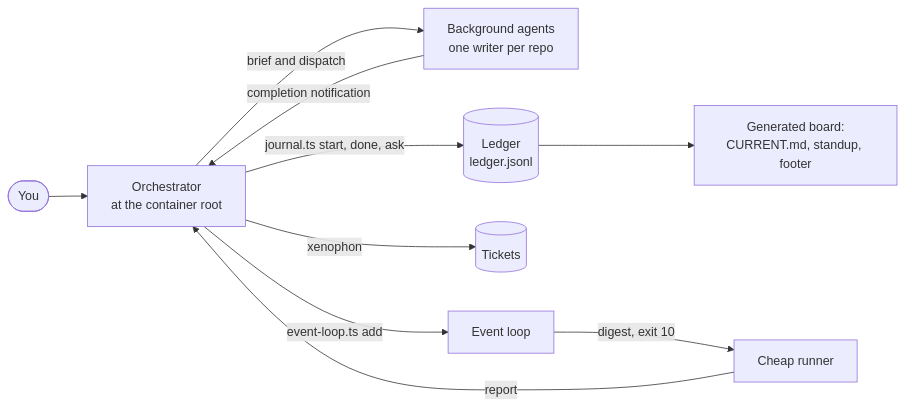
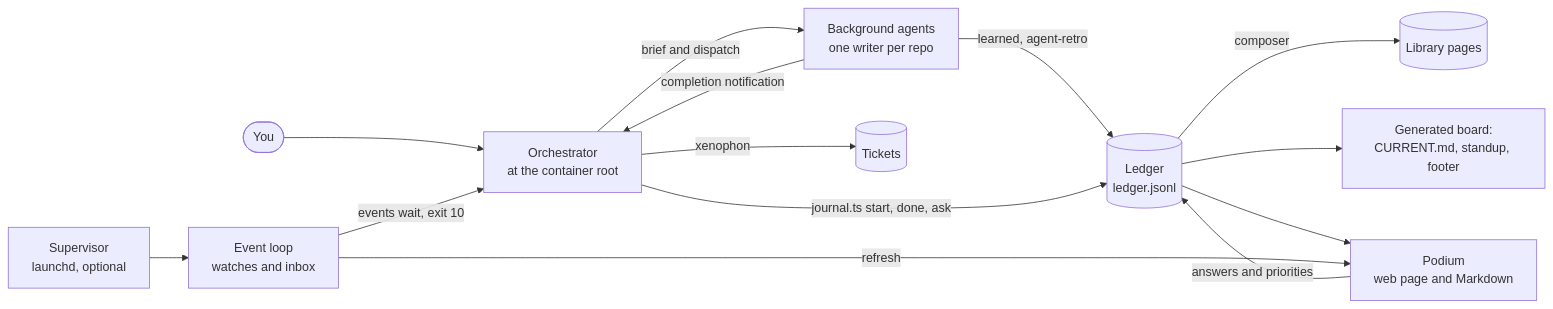
The first of 14 diagrams in README.md (jackreichert/the-maestro), drawn with Mermaid before and after one commit. The commit also changed other lines of this file, not shown here.

First line of the commit message:
docs: refresh README for the Podium, review drafts, library and unattended runtime

````diff
--- a/README.md
+++ b/README.md
@@ -22,12 +24,16 @@
 ```mermaid
 flowchart LR
     You([You]) --> O[Orchestrator<br/>at the container root]
     O -- "brief and dispatch" --> A[Background agents<br/>one writer per repo]
     A -- "completion notification" --> O
+    A -- "learned, agent-retro" --> L
+    L -- "composer" --> LIB[(Library pages)]
     O -- "journal.ts start, done, ask" --> L[(Ledger<br/>ledger.jsonl)]
     L --> B[Generated board:<br/>CURRENT.md, standup, footer]
+    L --> P[Podium<br/>web page and Markdown]
+    P -- "answers and priorities" --> L
     O -- "xenophon" --> T[(Tickets)]
-    O -- "event-loop.ts add" --> E[Event loop]
-    E -- "digest, exit 10" --> R[Cheap runner]
-    R -- "report" --> O
+    S[Supervisor<br/>launchd, optional] --> E[Event loop<br/>watches and inbox]
+    E -- "events wait, exit 10" --> O
+    E -- "refresh" --> P
 ```
````
